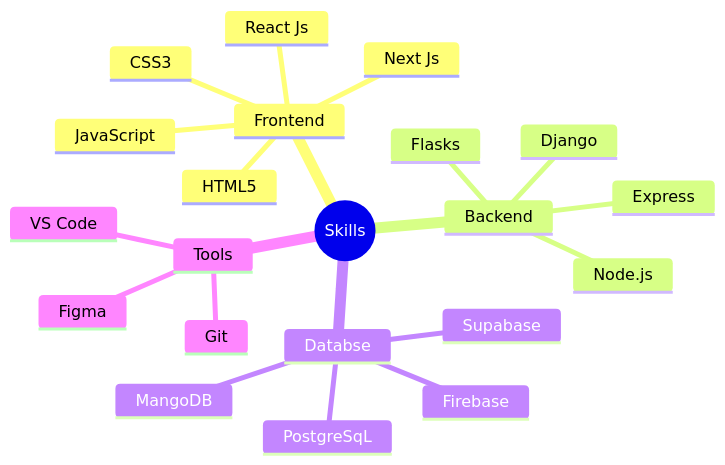
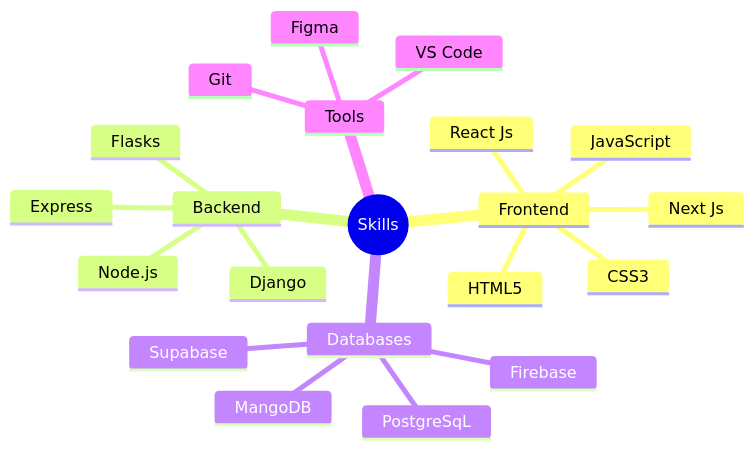
One commit to Justparthi/justparthi changed the diagram in README.md. Above: the diagram before and after it, drawn with Mermaid.

````diff
--- a/README.md
+++ b/README.md
@@ -24,24 +24,25 @@
 ```mermaid
 mindmap
   root((Skills))
     Frontend
       HTML5
       CSS3
       JavaScript
       Next Js
       React Js
     Backend
       Node.js
       Express
       Django
       Flasks
-    Databse
+    Databases
       PostgreSqL
       Firebase
       Supabase
       MangoDB
     Tools
       Git
       VS Code
       Figma
+      
 ```
````
